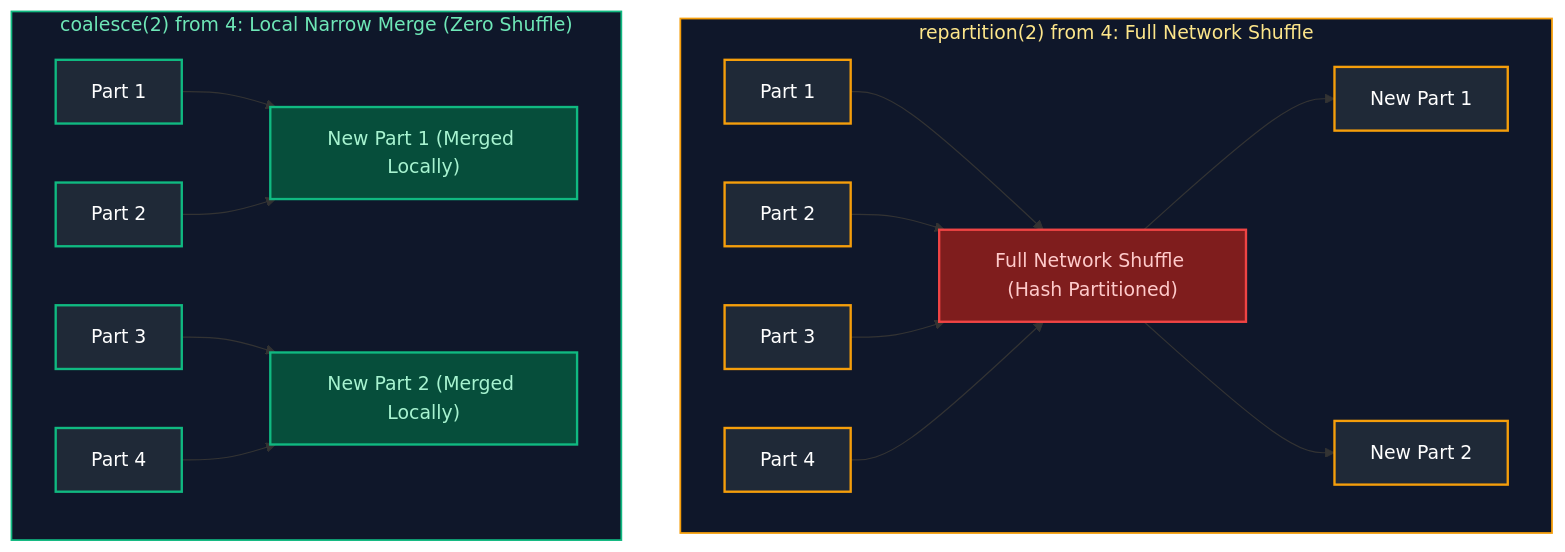
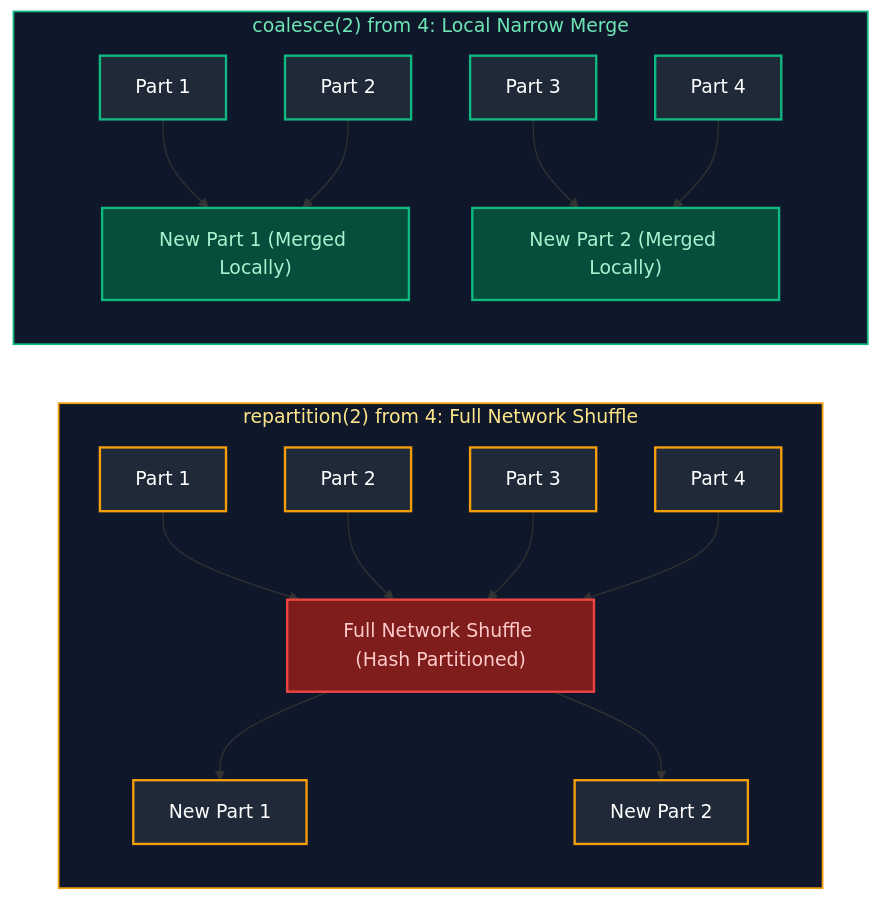
Before and after one commit to joydeep-biswas/Interview-Preparation: the fourth of 7 diagrams in Data Engineering/frequently_asked_questions/05_apache_spark_and_pyspark.md, drawn with Mermaid. The commit also changed other lines of this file and 76 other files, not shown here.

Commit message:
Updated Charts

````diff
--- a/Data Engineering/frequently_asked_questions/05_apache_spark_and_pyspark.md
+++ b/Data Engineering/frequently_asked_questions/05_apache_spark_and_pyspark.md
@@ -389,28 +389,30 @@
 ```mermaid
-flowchart TD
+flowchart LR
     subgraph Repartition ["repartition(2) from 4: Full Network Shuffle"]
+        direction TB
         P1["Part 1"] & P2["Part 2"] & P3["Part 3"] & P4["Part 4"] --> Shuff["Full Network Shuffle (Hash Partitioned)"]
         Shuff --> NP1["New Part 1"] & NP2["New Part 2"]
     end
 
-    subgraph Coalesce ["coalesce(2) from 4: Local Narrow Merge (Zero Shuffle)"]
+    subgraph Coalesce ["coalesce(2) from 4: Local Narrow Merge"]
+        direction TB
         CP1["Part 1"] & CP2["Part 2"] --> CNP1["New Part 1 (Merged Locally)"]
         CP3["Part 3"] & CP4["Part 4"] --> CNP2["New Part 2 (Merged Locally)"]
     end
 
     style Repartition fill:#0f172a,stroke:#f59e0b,stroke-width:1.5px,color:#fde68a
     style Coalesce fill:#0f172a,stroke:#10b981,stroke-width:1.5px,color:#6ee7b7
     style P1 fill:#1f2937,stroke:#f59e0b,stroke-width:2px,color:#fff
     style P2 fill:#1f2937,stroke:#f59e0b,stroke-width:2px,color:#fff
     style P3 fill:#1f2937,stroke:#f59e0b,stroke-width:2px,color:#fff
     style P4 fill:#1f2937,stroke:#f59e0b,stroke-width:2px,color:#fff
     style Shuff fill:#7f1d1d,stroke:#ef4444,stroke-width:2px,color:#fecaca
     style NP1 fill:#1f2937,stroke:#f59e0b,stroke-width:2px,color:#fff
     style NP2 fill:#1f2937,stroke:#f59e0b,stroke-width:2px,color:#fff
     style CP1 fill:#1f2937,stroke:#10b981,stroke-width:2px,color:#fff
     style CP2 fill:#1f2937,stroke:#10b981,stroke-width:2px,color:#fff
     style CP3 fill:#1f2937,stroke:#10b981,stroke-width:2px,color:#fff
     style CP4 fill:#1f2937,stroke:#10b981,stroke-width:2px,color:#fff
     style CNP1 fill:#064e3b,stroke:#10b981,stroke-width:2px,color:#a7f3d0
     style CNP2 fill:#064e3b,stroke:#10b981,stroke-width:2px,color:#a7f3d0
 ```
````
